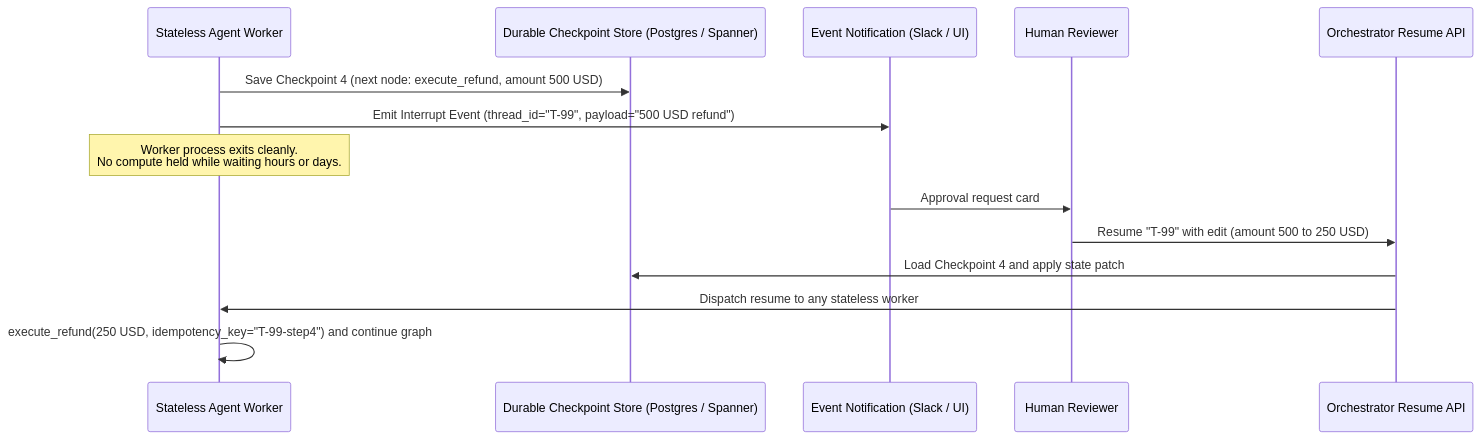
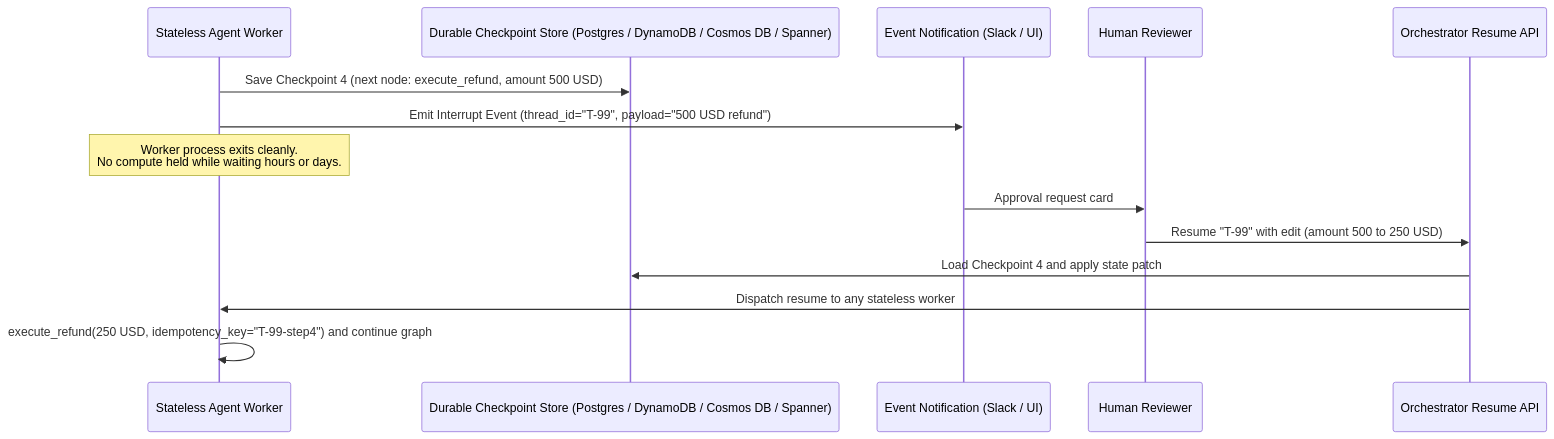
The second of 3 diagrams in chapter-17-production-state-hitl-and-frameworks.md (Rajdipc/agentic-ai-orchestration-patterns), drawn with Mermaid before and after one commit. The commit also changed other lines of this file and 18 other files, not shown here.

````diff
--- a/chapter-17-production-state-hitl-and-frameworks.md
+++ b/chapter-17-production-state-hitl-and-frameworks.md
@@ -57,17 +57,17 @@
 ```mermaid
 sequenceDiagram
     participant Worker as Stateless Agent Worker
-    participant DB as Durable Checkpoint Store (Postgres / Spanner)
+    participant DB as Durable Checkpoint Store (Postgres / DynamoDB / Cosmos DB / Spanner)
     participant Queue as Event Notification (Slack / UI)
     participant Human as Human Reviewer
     participant API as Orchestrator Resume API
 
     Worker->>DB: Save Checkpoint 4 (next node: execute_refund, amount 500 USD)
     Worker->>Queue: Emit Interrupt Event (thread_id="T-99", payload="500 USD refund")
     Note over Worker: Worker process exits cleanly.<br/>No compute held while waiting hours or days.
     Queue->>Human: Approval request card
     Human->>API: Resume "T-99" with edit (amount 500 to 250 USD)
     API->>DB: Load Checkpoint 4 and apply state patch
     API->>Worker: Dispatch resume to any stateless worker
     Worker->>Worker: execute_refund(250 USD, idempotency_key="T-99-step4") and continue graph
 ```
````
